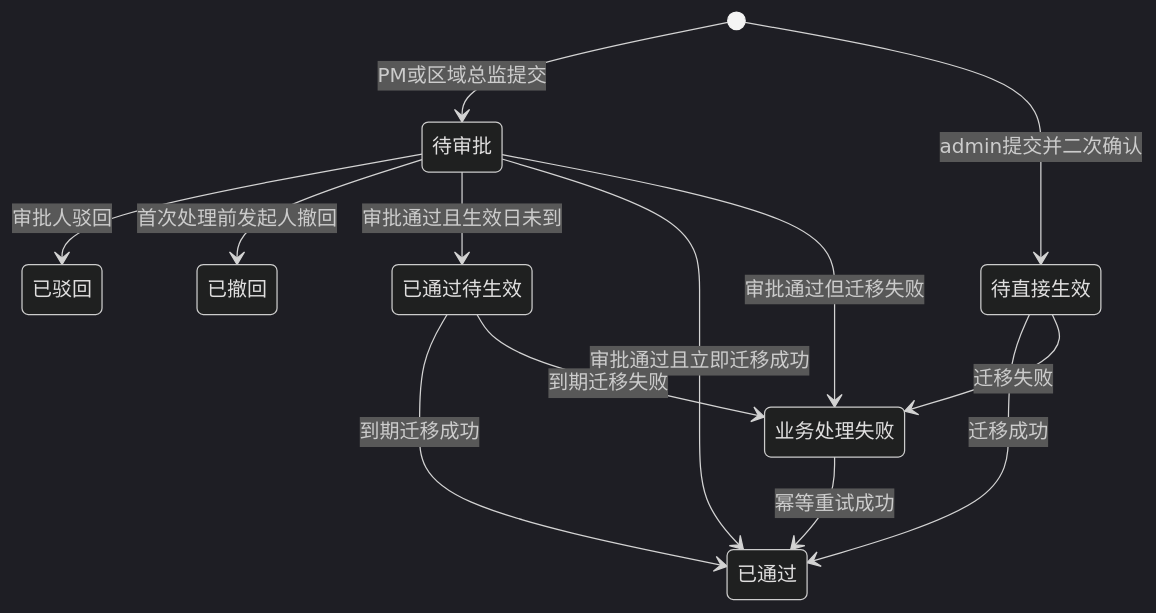
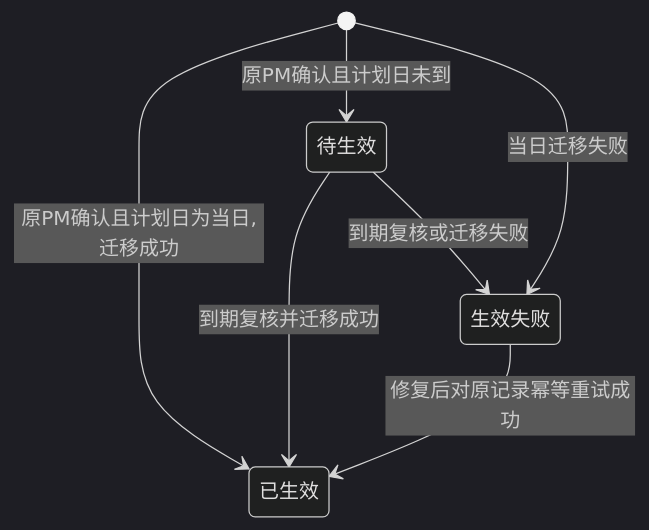
Before and after one commit to Joker-1030/Yingjia-Internal-Management-System: the diagram in prd-workspace/current/user-flows/FLOW-06-M08-city-handover.md, drawn with Mermaid (dark theme). The commit also changed other lines of this file and 95 other files, not shown here.

````diff
--- a/prd-workspace/current/user-flows/FLOW-06-M08-city-handover.md
+++ b/prd-workspace/current/user-flows/FLOW-06-M08-city-handover.md
@@ -8,15 +8,9 @@
 ```mermaid
 stateDiagram-v2
-    [*] --> 待审批: PM或区域总监提交
-    [*] --> 待直接生效: admin提交并二次确认
-    待审批 --> 已驳回: 审批人驳回
-    待审批 --> 已撤回: 首次处理前发起人撤回
-    待审批 --> 已通过待生效: 审批通过且生效日未到
-    待审批 --> 已通过: 审批通过且立即迁移成功
-    待直接生效 --> 已通过: 迁移成功
-    已通过待生效 --> 已通过: 到期迁移成功
-    待审批 --> 业务处理失败: 审批通过但迁移失败
-    待直接生效 --> 业务处理失败: 迁移失败
-    已通过待生效 --> 业务处理失败: 到期迁移失败
-    业务处理失败 --> 已通过: 幂等重试成功
+    [*] --> 已生效: 原PM确认且计划日为当日,迁移成功
+    [*] --> 待生效: 原PM确认且计划日未到
+    待生效 --> 已生效: 到期复核并迁移成功
+    [*] --> 生效失败: 当日迁移失败
+    待生效 --> 生效失败: 到期复核或迁移失败
+    生效失败 --> 已生效: 修复后对原记录幂等重试成功
 ```
````
